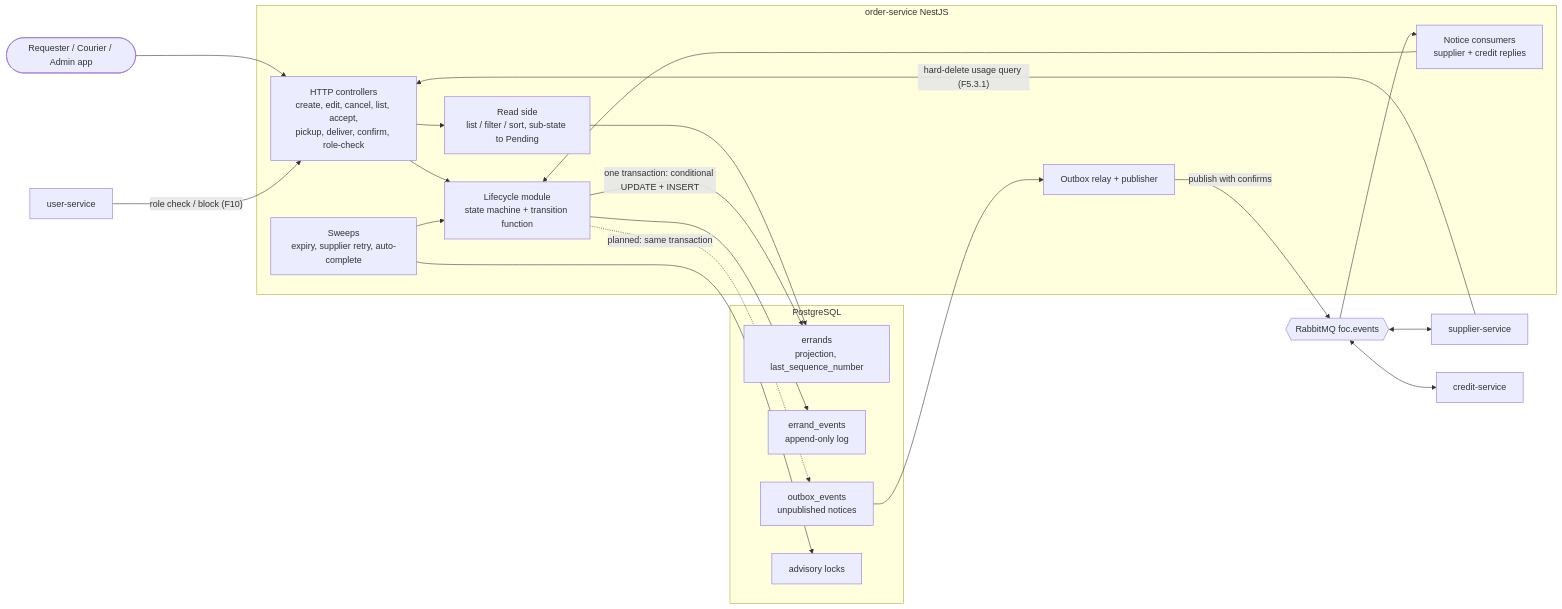
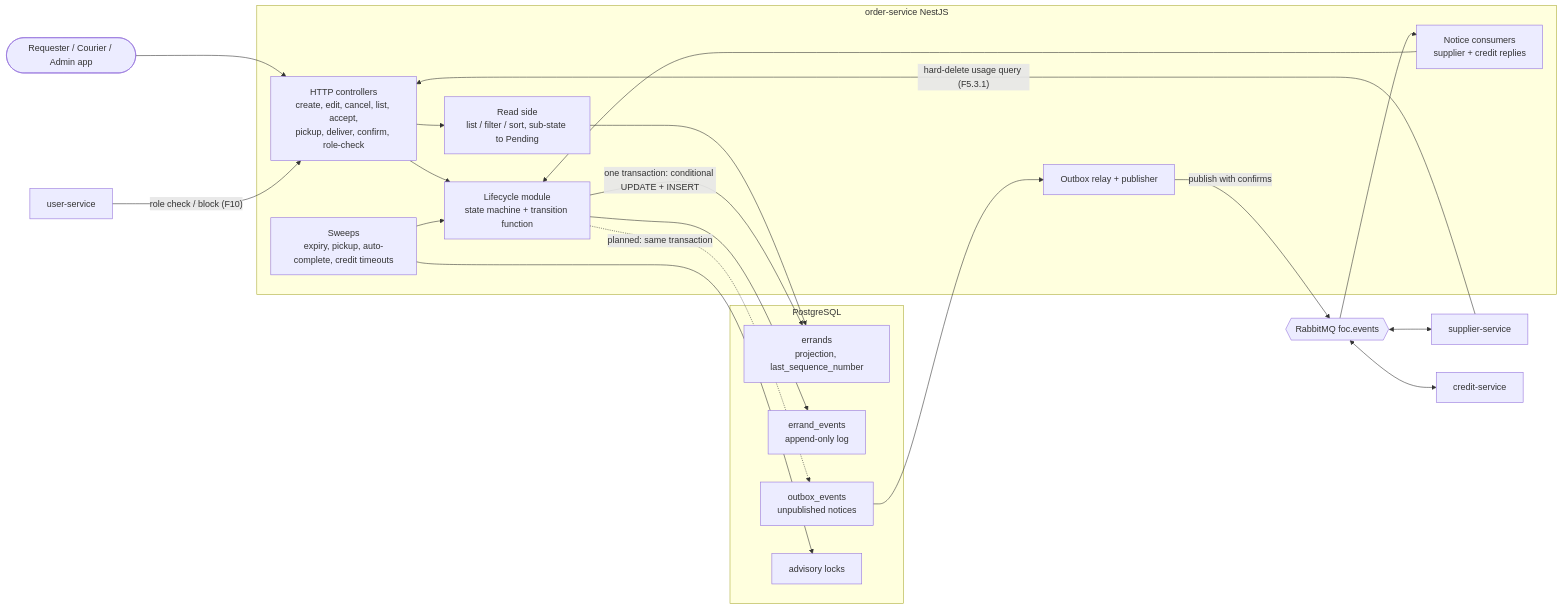
The first of 4 diagrams in order-service/ARCHITECTURE.md (AY2627S1-CS3219-P27/FoC), drawn with Mermaid before and after one commit. The commit also changed other lines of this file and 6 other files, not shown here.

````diff
--- a/order-service/ARCHITECTURE.md
+++ b/order-service/ARCHITECTURE.md
@@ -7,43 +7,43 @@
 ```mermaid
 flowchart LR
   Client([Requester / Courier / Admin app])
   User[user-service]
   Supplier[supplier-service]
   Credit[credit-service]
 
   subgraph OS[order-service NestJS]
     API[HTTP controllers<br/>create, edit, cancel, list, accept,<br/>pickup, deliver, confirm, role-check]
     Life[Lifecycle module<br/>state machine + transition function]
     Read[Read side<br/>list / filter / sort, sub-state to Pending]
     Consumers[Notice consumers<br/>supplier + credit replies]
     Outbox[Outbox relay + publisher]
-    Sweeps[Sweeps<br/>expiry, supplier retry, auto-complete]
+    Sweeps[Sweeps<br/>expiry, pickup, auto-complete, credit timeouts]
   end
 
   subgraph PG[PostgreSQL]
     Errands[errands<br/>projection, last_sequence_number]
     Events[errand_events<br/>append-only log]
     OutboxT[outbox_events<br/>unpublished notices]
     Locks[advisory locks]
   end
 
   MQ{{RabbitMQ foc.events}}
 
   Client --> API
   User -- "role check / block (F10)" --> API
   Supplier -- "hard-delete usage query (F5.3.1)" --> API
   API --> Life
   API --> Read
   Read --> Errands
   Life -->|"one transaction: conditional UPDATE + INSERT"| Errands
   Life --> Events
   Sweeps --> Locks
   Sweeps --> Life
   Life -.->|"planned: same transaction"| OutboxT
   OutboxT --> Outbox
   Outbox -->|"publish with confirms"| MQ
   MQ --> Consumers
   Consumers --> Life
   MQ <--> Supplier
   MQ <--> Credit
 ```
````
